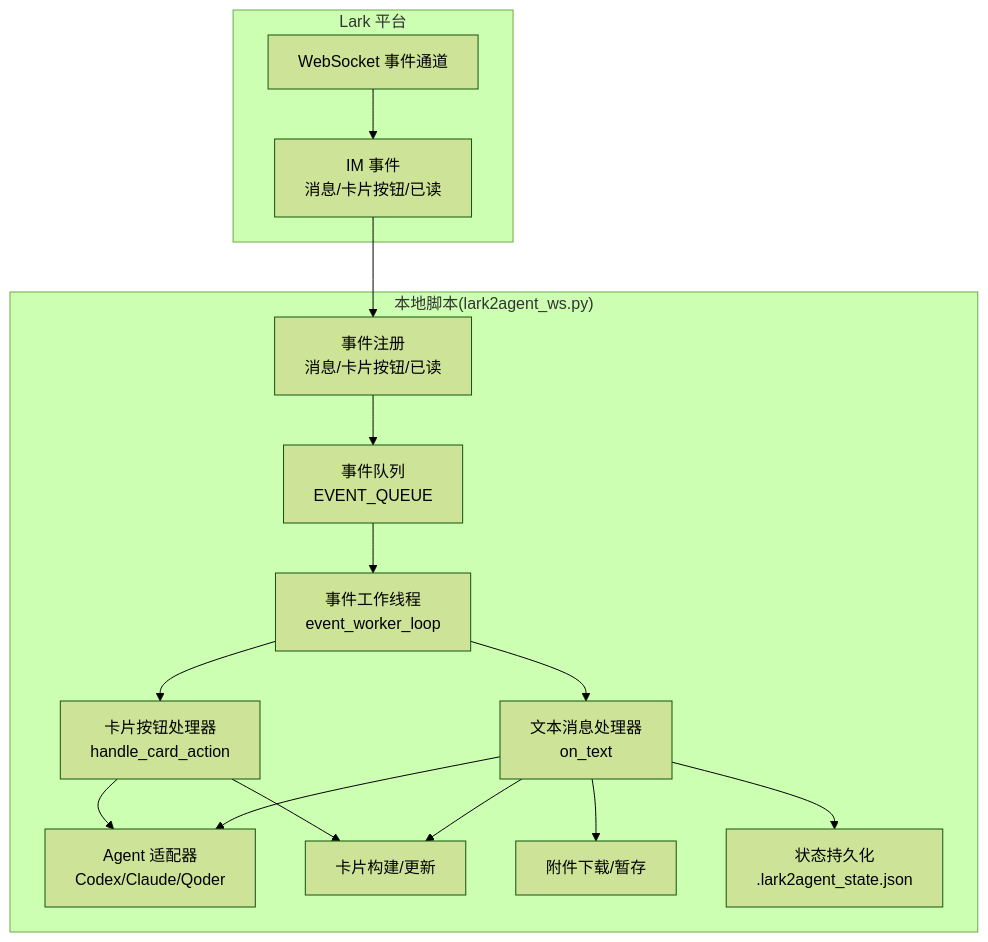
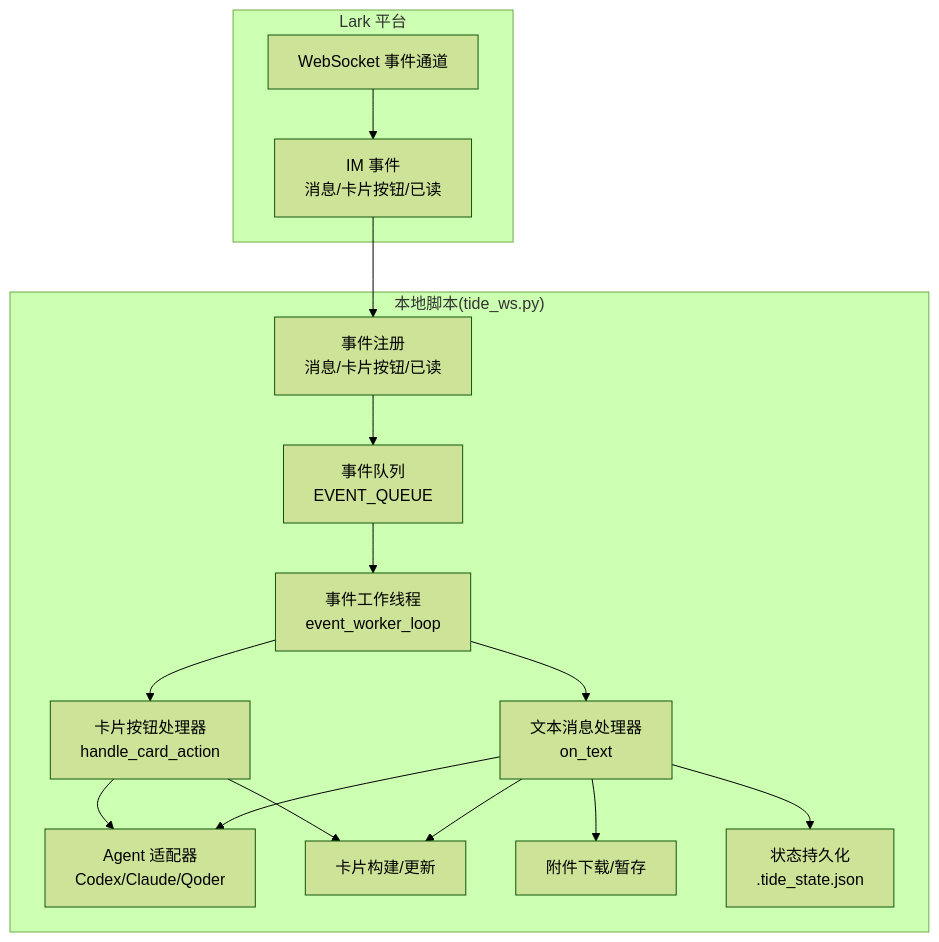
Before and after one commit to winditer/tide: the first of 4 diagrams in .qoder/repowiki/zh/content/API 参考/WebSocket API.md, drawn with Mermaid (forest theme). The commit also changed other lines of this file and 260 other files, not shown here.

````diff
--- a/.qoder/repowiki/zh/content/API 参考/WebSocket API.md
+++ b/.qoder/repowiki/zh/content/API 参考/WebSocket API.md
@@ -29,30 +29,30 @@
 ```mermaid
 graph TB
 subgraph "Lark 平台"
 WS["WebSocket 事件通道"]
 EVT["IM 事件<br/>消息/卡片按钮/已读"]
 end
-subgraph "本地脚本(lark2agent_ws.py)"
+subgraph "本地脚本(tide_ws.py)"
 REG["事件注册<br/>消息/卡片按钮/已读"]
 Q["事件队列<br/>EVENT_QUEUE"]
 WORKER["事件工作线程<br/>event_worker_loop"]
 HANDLER_TEXT["文本消息处理器<br/>on_text"]
 HANDLER_CARD["卡片按钮处理器<br/>handle_card_action"]
 ADAPTERS["Agent 适配器<br/>Codex/Claude/Qoder"]
 CARD["卡片构建/更新"]
 ATTACH["附件下载/暂存"]
-STATE["状态持久化<br/>.lark2agent_state.json"]
+STATE["状态持久化<br/>.tide_state.json"]
 end
 WS --> EVT
 EVT --> REG
 REG --> Q
 Q --> WORKER
 WORKER --> HANDLER_TEXT
 WORKER --> HANDLER_CARD
 HANDLER_TEXT --> ATTACH
 HANDLER_TEXT --> ADAPTERS
 HANDLER_TEXT --> CARD
 HANDLER_TEXT --> STATE
 HANDLER_CARD --> CARD
 HANDLER_CARD --> ADAPTERS
 ```
````
